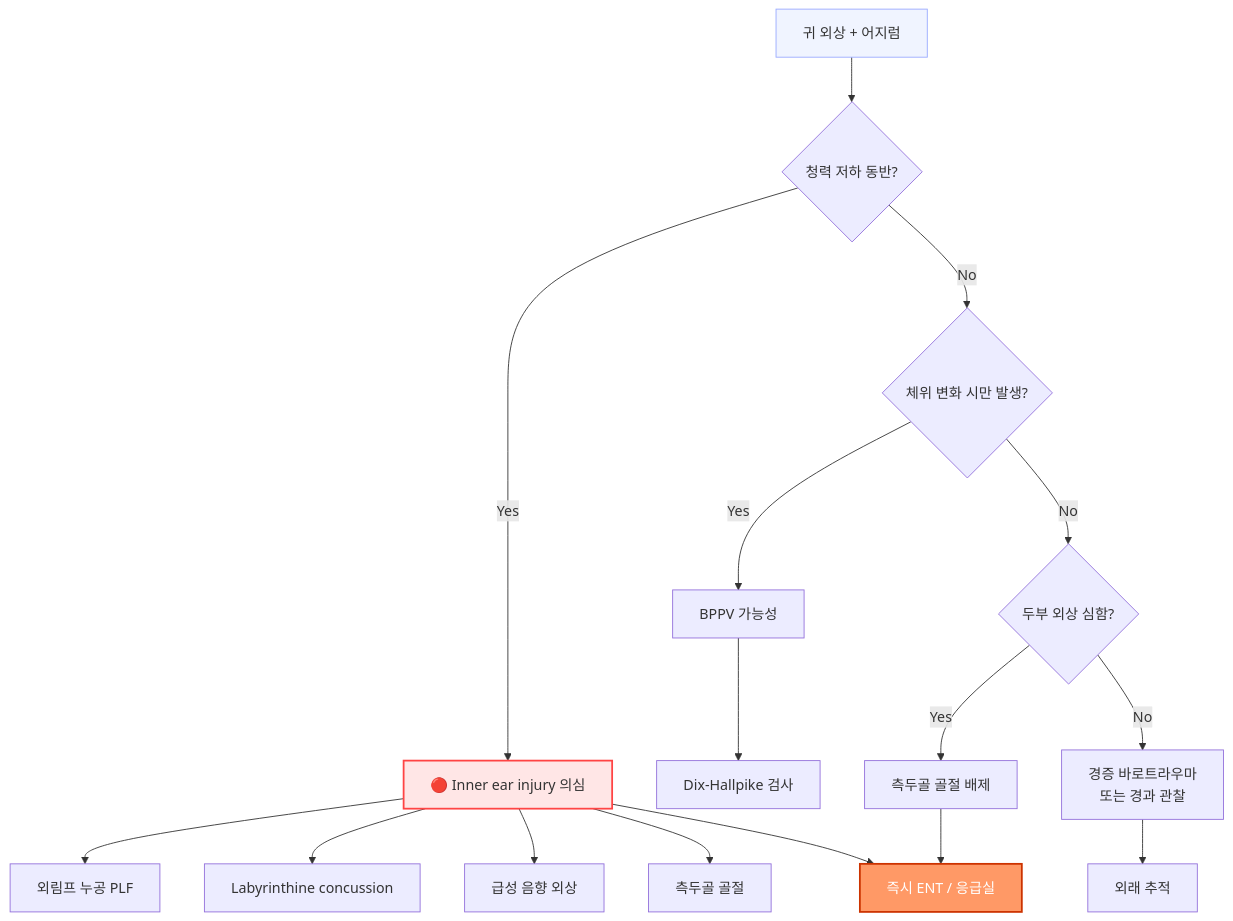
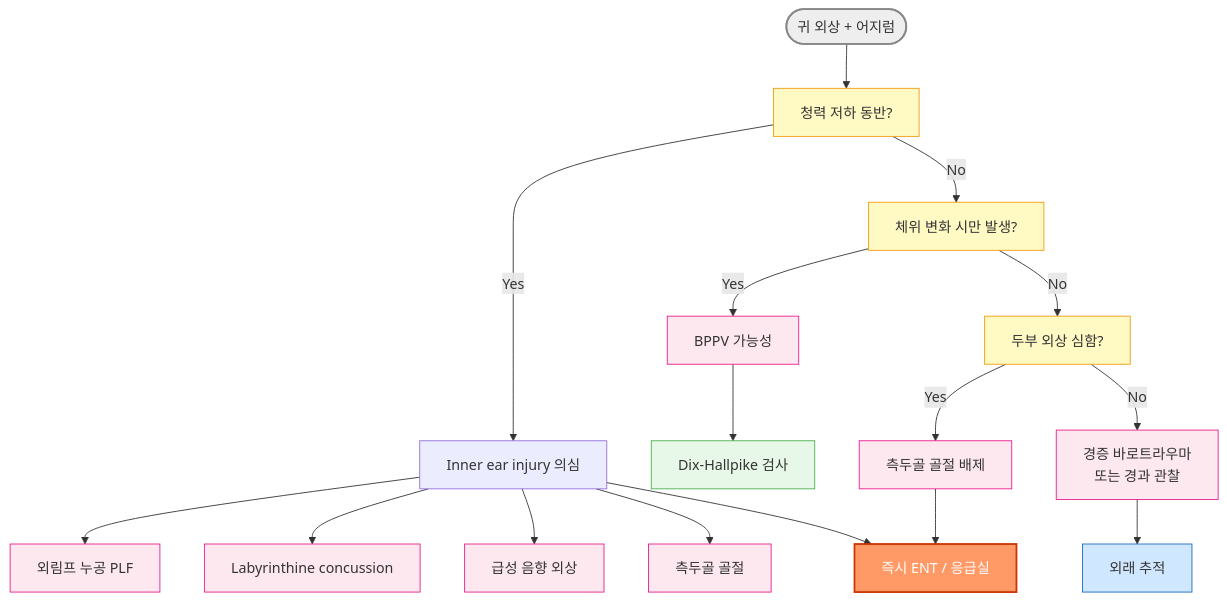
One commit to familyoh77/familyoh77 changed the third of 3 diagrams in 222_/049_-ear-injury.md. Above: the diagram before and after it, drawn with Mermaid. The commit also changed other lines of this file, not shown here.

Commit message:
GITBOOK-776: No subject

````diff
--- a/222_/049_-ear-injury.md
+++ b/222_/049_-ear-injury.md
@@ -798,22 +799,28 @@
 ```mermaid
 flowchart TD
-    A[귀 외상 + 어지럼] --> B{청력 저하 동반?}
-    B -->|Yes| C[🔴 Inner ear injury 의심]
+    A([귀 외상 + 어지럼]) --> B[청력 저하 동반?]
+    B -->|Yes| C[Inner ear injury 의심]
     C --> C1[외림프 누공 PLF]
     C --> C2[Labyrinthine concussion]
     C --> C3[급성 음향 외상]
     C --> C4[측두골 골절]
     C --> D[즉시 ENT / 응급실]
-    B -->|No| E{체위 변화 시만 발생?}
+    B -->|No| E[체위 변화 시만 발생?]
     E -->|Yes| F[BPPV 가능성]
     F --> G[Dix-Hallpike 검사]
-    E -->|No| H{두부 외상 심함?}
+    E -->|No| H[두부 외상 심함?]
     H -->|Yes| I[측두골 골절 배제]
     I --> D
-    H -->|No| J[경증 바로트라우마\n또는 경과 관찰]
+    H -->|No| J[경증 바로트라우마<br/>또는 경과 관찰]
     J --> K[외래 추적]
 
-    style A fill:#f0f4ff,stroke:#99aaff
-    style C fill:#ffe6e6,stroke:#ff4444,stroke-width:2px
+    style A fill:#eeeeee,stroke:#888888,stroke-width:2px
     style D fill:#ff9966,stroke:#cc3300,stroke-width:2px,color:#fff
+    style G fill:#e8f8e8,stroke:#4caf50
+    style K fill:#d0e8ff,stroke:#1a6abf
+    classDef yellow fill:#fff9c4,stroke:#f39c12
+    class B,E,H yellow
+    classDef pink fill:#fde8f0,stroke:#e91e8c
+    class C1,C2,C3,C4,F,I,J pink
+    
 ```
````
